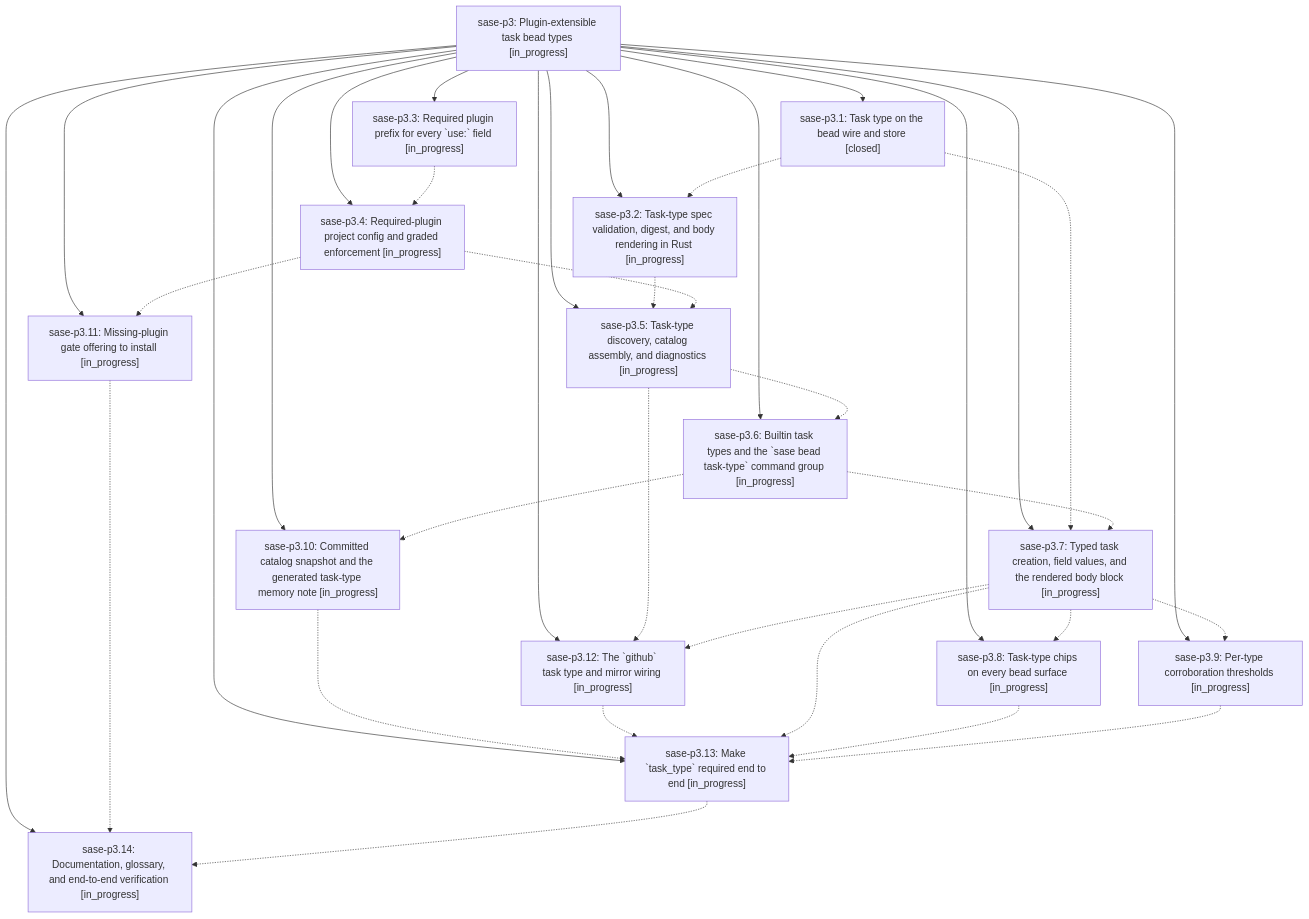
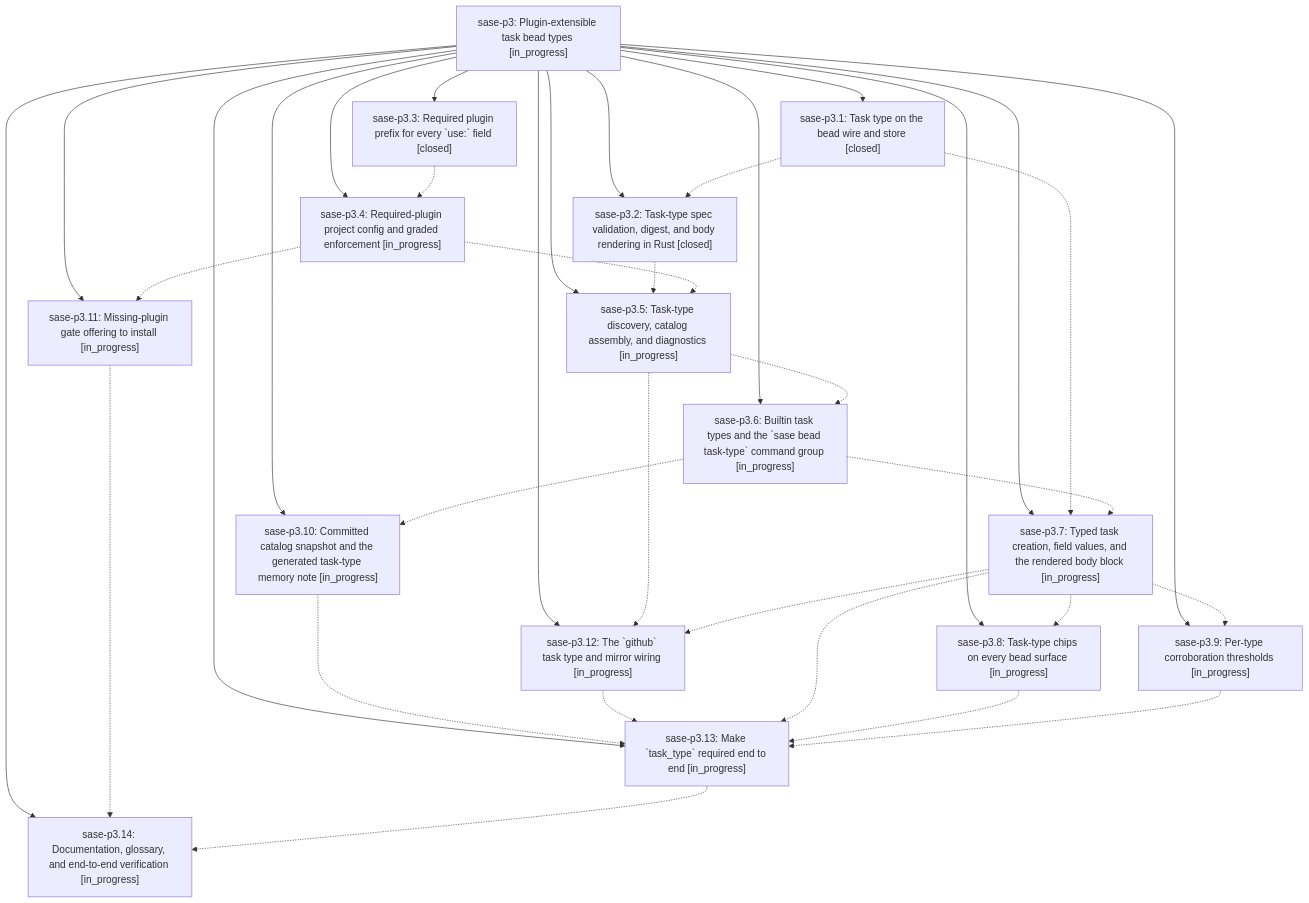
Before and after one commit to sase-org/sase--beads: the diagram in pages/sase-p3/README.md, drawn with Mermaid. The commit also changed other lines of this file and 5 other files, not shown here.

````diff
--- a/pages/sase-p3/README.md
+++ b/pages/sase-p3/README.md
@@ -35,52 +35,52 @@
 ```mermaid
 flowchart TD
     n0["sase-p3: Plugin-extensible task bead types [in_progress]"]
     n1["sase-p3.1: Task type on the bead wire and store [closed]"]
     n2["sase-p3.10: Committed catalog snapshot and the generated task-type memory note [in_progress]"]
     n3["sase-p3.11: Missing-plugin gate offering to install [in_progress]"]
     n4["sase-p3.12: The `github` task type and mirror wiring [in_progress]"]
     n5["sase-p3.13: Make `task_type` required end to end [in_progress]"]
     n6["sase-p3.14: Documentation, glossary, and end-to-end verification [in_progress]"]
-    n7["sase-p3.2: Task-type spec validation, digest, and body rendering in Rust [in_progress]"]
-    n8["sase-p3.3: Required plugin prefix for every `use:` field [in_progress]"]
+    n7["sase-p3.2: Task-type spec validation, digest, and body rendering in Rust [closed]"]
+    n8["sase-p3.3: Required plugin prefix for every `use:` field [closed]"]
     n9["sase-p3.4: Required-plugin project config and graded enforcement [in_progress]"]
     n10["sase-p3.5: Task-type discovery, catalog assembly, and diagnostics [in_progress]"]
     n11["sase-p3.6: Builtin task types and the `sase bead task-type` command group [in_progress]"]
     n12["sase-p3.7: Typed task creation, field values, and the rendered body block [in_progress]"]
     n13["sase-p3.8: Task-type chips on every bead surface [in_progress]"]
     n14["sase-p3.9: Per-type corroboration thresholds [in_progress]"]
     n0 --> n1
     n0 --> n2
     n0 --> n3
     n0 --> n4
     n0 --> n5
     n0 --> n6
     n0 --> n7
     n0 --> n8
     n0 --> n9
     n0 --> n10
     n0 --> n11
     n0 --> n12
     n0 --> n13
     n0 --> n14
     n1 -.-> n7
     n1 -.-> n12
     n2 -.-> n5
     n3 -.-> n6
     n4 -.-> n5
     n5 -.-> n6
     n7 -.-> n10
     n8 -.-> n9
     n9 -.-> n3
     n9 -.-> n10
     n10 -.-> n4
     n10 -.-> n11
     n11 -.-> n2
     n11 -.-> n12
     n12 -.-> n4
     n12 -.-> n5
     n12 -.-> n13
     n12 -.-> n14
     n13 -.-> n5
     n14 -.-> n5
 ```
````
